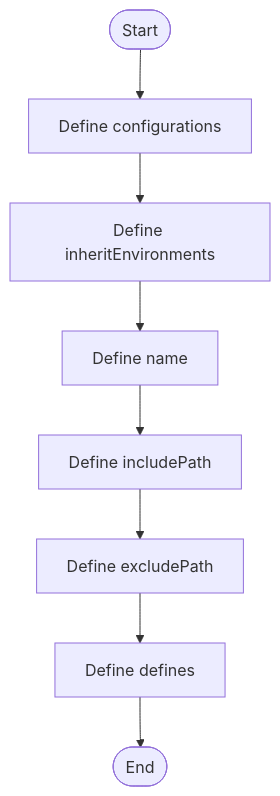
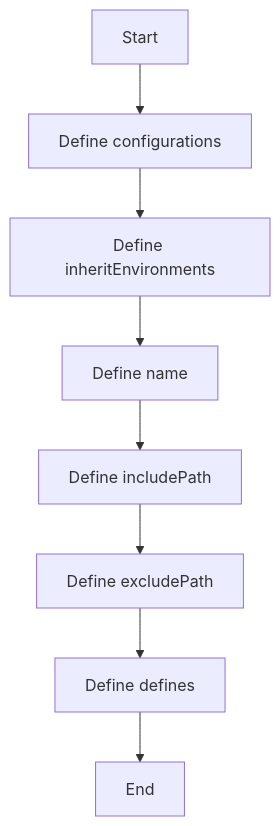
Before and after one commit to JohnAndrewBalbarosa/NeoTerritory: the diagram in docs/Codebase/CppProperties.json.md, drawn with Mermaid. The commit also changed other lines of this file and 752 other files, not shown here.

````diff
--- a/docs/Codebase/CppProperties.json.md
+++ b/docs/Codebase/CppProperties.json.md
@@ -35,18 +22,18 @@
 ```mermaid
 flowchart TD
-    Start([Start])
-    N0[Define configurations]
-    N1[Define inheritEnvironments]
-    N2[Define name]
-    N3[Define includePath]
-    N4[Define excludePath]
-    N5[Define defines]
-    End([End])
+    Start["Start"]
+    N0["Define configurations"]
+    N1["Define inheritEnvironments"]
+    N2["Define name"]
+    N3["Define includePath"]
+    N4["Define excludePath"]
+    N5["Define defines"]
+    End["End"]
     Start --> N0
     N0 --> N1
     N1 --> N2
     N2 --> N3
     N3 --> N4
     N4 --> N5
     N5 --> End
 ```
````
